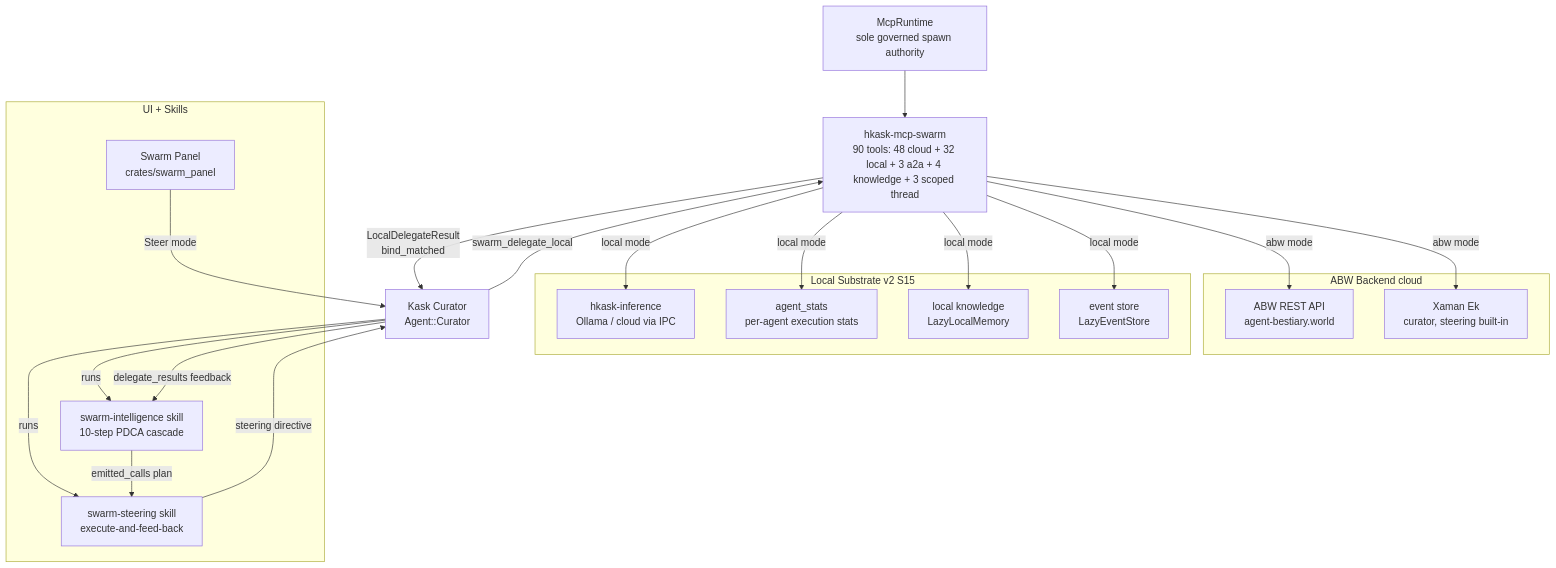
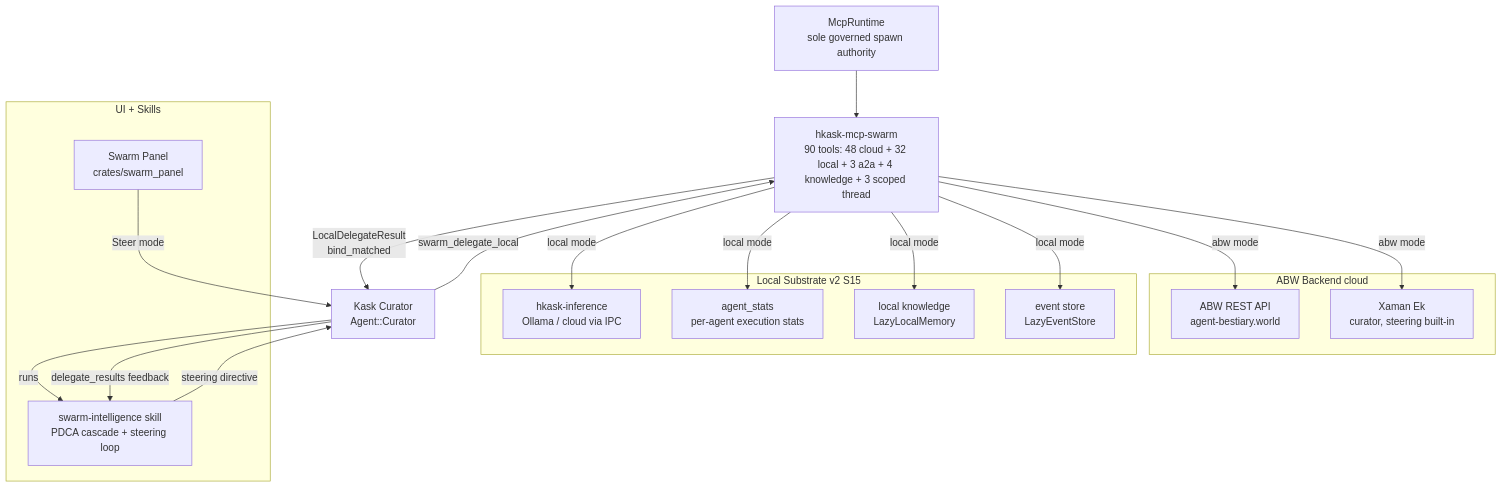
Before and after one commit to mdz-axo/zed-kask: the first of 6 diagrams in kask/docs/diagrams/swarm.md, drawn with Mermaid. The commit also changed other lines of this file and 6 other files, not shown here.

First line of the commit message:
Fold swarm-steering into swarm-intelligence as its steering loop

````diff
--- a/kask/docs/diagrams/swarm.md
+++ b/kask/docs/diagrams/swarm.md
@@ -38,39 +38,36 @@
 ```mermaid
 flowchart TD
     MR[McpRuntime<br/>sole governed spawn authority]
     SWARM[hkask-mcp-swarm<br/>90 tools: 48 cloud + 32 local + 3 a2a + 4 knowledge + 3 scoped thread]
     MR --> SWARM
 
     subgraph abw[ABW Backend cloud]
         ABW_API[ABW REST API<br/>agent-bestiary.world]
         XAMAN[Xaman Ek<br/>curator, steering built-in]
     end
 
     subgraph local[Local Substrate v2 S15]
         INF[hkask-inference<br/>Ollama / cloud via IPC]
         STATS[agent_stats<br/>per-agent execution stats]
         MEMORY[local knowledge<br/>LazyLocalMemory]
         EVENTS[event store<br/>LazyEventStore]
     end
 
     SWARM -->|abw mode| ABW_API
     SWARM -->|abw mode| XAMAN
     SWARM -->|local mode| INF
     SWARM -->|local mode| STATS
     SWARM -->|local mode| MEMORY
     SWARM -->|local mode| EVENTS
 
     subgraph ui[UI + Skills]
         PANEL[Swarm Panel<br/>crates/swarm_panel]
-        SI[swarm-intelligence skill<br/>10-step PDCA cascade]
-        SS[swarm-steering skill<br/>execute-and-feed-back]
+        SI[swarm-intelligence skill<br/>PDCA cascade + steering loop]
     end
     PANEL -->|Steer mode| CURATOR[Kask Curator<br/>Agent::Curator]
     CURATOR -->|runs| SI
-    CURATOR -->|runs| SS
-    SI -->|emitted_calls plan| SS
-    SS -->|steering directive| CURATOR
+    SI -->|steering directive| CURATOR
     CURATOR -->|swarm_delegate_local| SWARM
     SWARM -->|LocalDelegateResult<br/>bind_matched| CURATOR
     CURATOR -->|delegate_results feedback| SI
 ```
````
